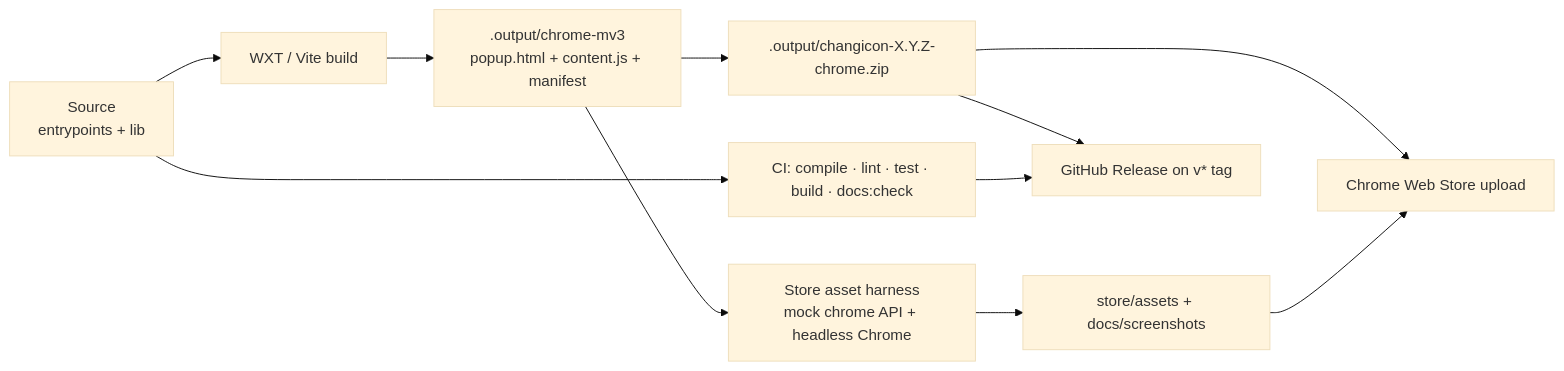
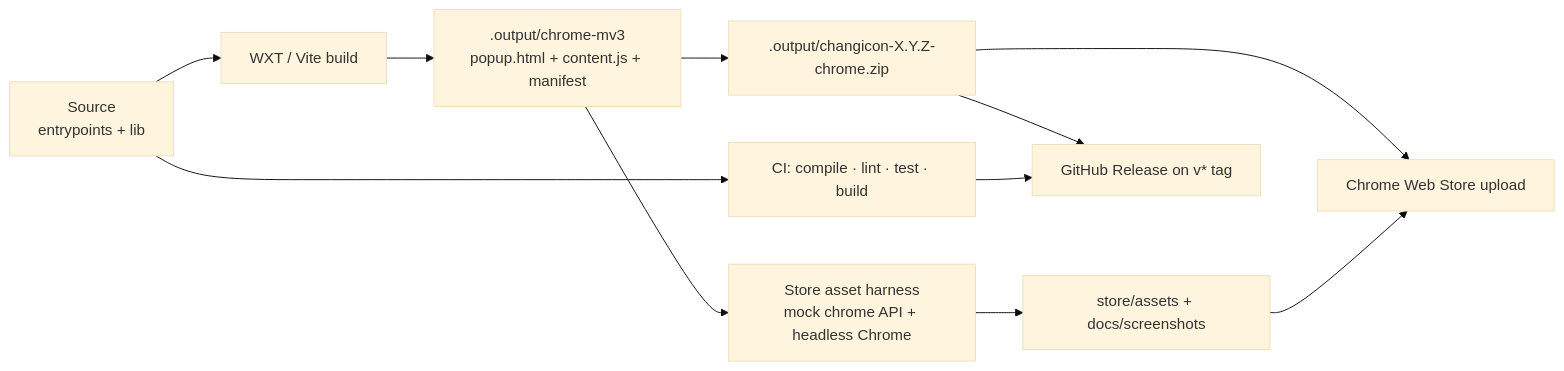
One commit to niexia/customize-tab-icon changed the ninth of 9 diagrams in docs/architecture.md. Above: the diagram before and after it, drawn with Mermaid (base theme). The commit also changed other lines of this file and 28 other files, not shown here.

````diff
--- a/docs/architecture.md
+++ b/docs/architecture.md
@@ -509,13 +509,13 @@
 ```mermaid
 flowchart LR
   SRC["Source<br/>entrypoints + lib"] --> WXT["WXT / Vite build"]
   WXT --> MV3[".output/chrome-mv3<br/>popup.html + content.js + manifest"]
   MV3 --> ZIP[".output/changicon-X.Y.Z-chrome.zip"]
   MV3 --> DEMO["Store asset harness<br/>mock chrome API + headless Chrome"]
   DEMO --> ASSETS["store/assets + docs/screenshots"]
-  SRC --> CI["CI: compile · lint · test · build · docs:check"]
+  SRC --> CI["CI: compile · lint · test · build"]
   ZIP --> GH["GitHub Release on v* tag"]
   ZIP --> CWS["Chrome Web Store upload"]
   ASSETS --> CWS
   CI --> GH
 ```
````
